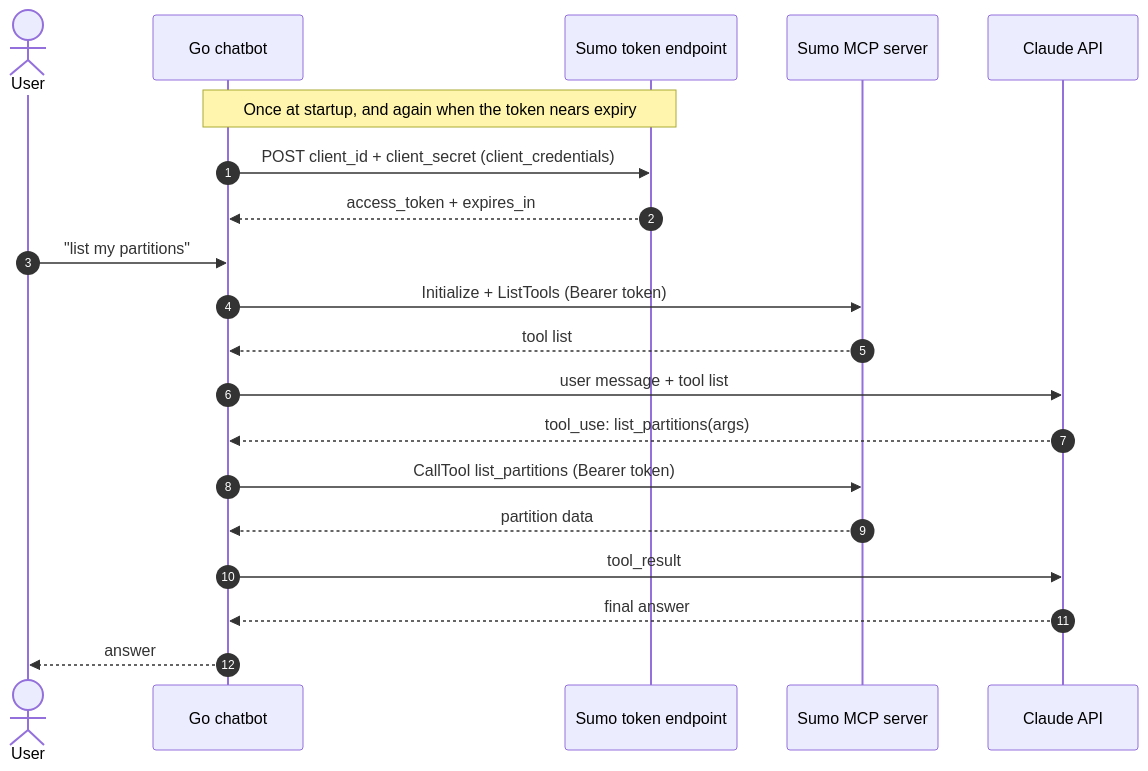
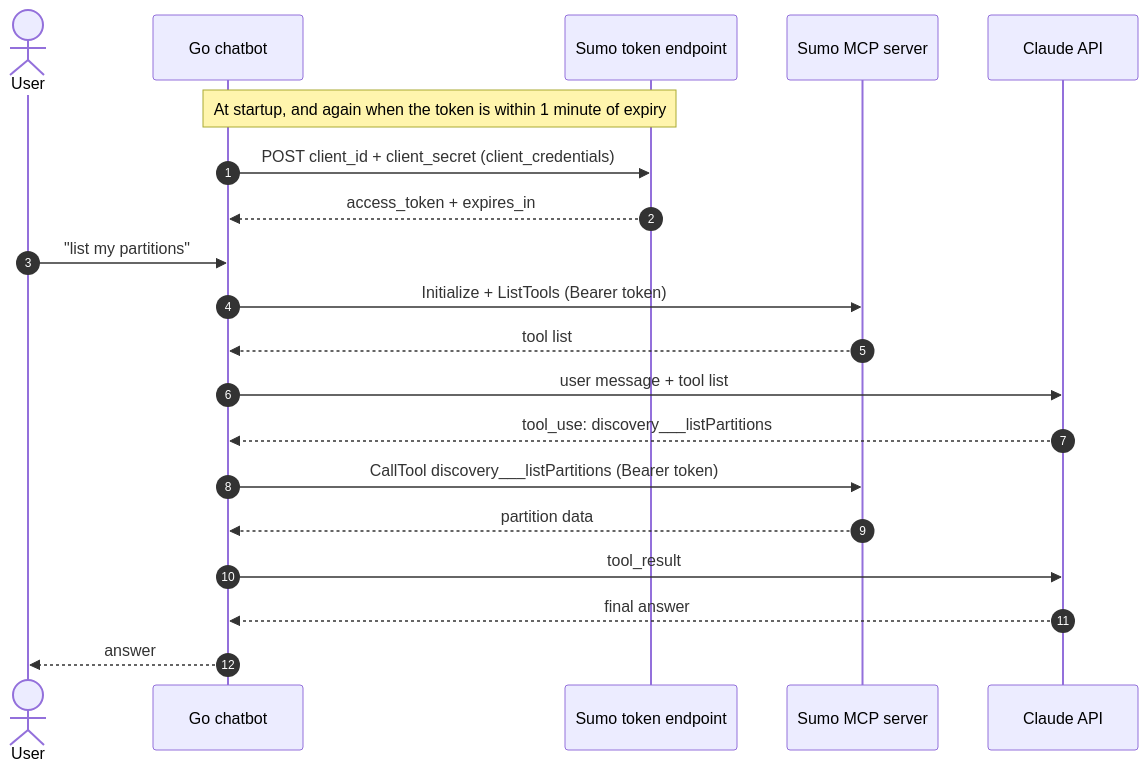
The diagram in README.md (fadikaba81/sumo-mcp-client), drawn with Mermaid before and after one commit. The commit also changed other lines of this file and 10 other files, not shown here.

````diff
--- a/README.md
+++ b/README.md
@@ -7,24 +7,24 @@
 ```mermaid
 sequenceDiagram
     autonumber
     actor User
     participant Go as Go chatbot
     participant Token as Sumo token endpoint
     participant MCP as Sumo MCP server
     participant Claude as Claude API
 
-    Note over Go,Token: Once at startup, and again when the token nears expiry
+    Note over Go,Token: At startup, and again when the token is within 1 minute of expiry
     Go->>Token: POST client_id + client_secret (client_credentials)
     Token-->>Go: access_token + expires_in
 
     User->>Go: "list my partitions"
     Go->>MCP: Initialize + ListTools (Bearer token)
     MCP-->>Go: tool list
     Go->>Claude: user message + tool list
-    Claude-->>Go: tool_use: list_partitions(args)
-    Go->>MCP: CallTool list_partitions (Bearer token)
+    Claude-->>Go: tool_use: discovery___listPartitions
+    Go->>MCP: CallTool discovery___listPartitions (Bearer token)
     MCP-->>Go: partition data
     Go->>Claude: tool_result
     Claude-->>Go: final answer
     Go-->>User: answer
 ```
````
